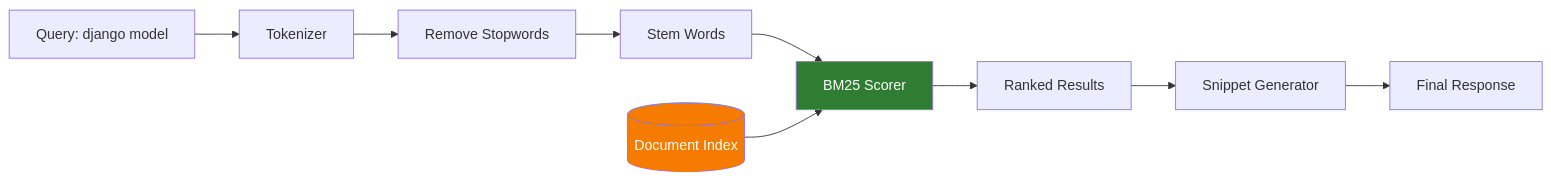
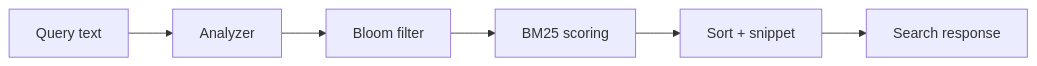
Before and after one commit to pankaj28843/docs-mcp-server: the second of 2 diagrams in docs/explanations/search-ranking.md, drawn with Mermaid. The commit also changed other lines of this file, not shown here.

Commit message:
Docs: expand search ranking and indexing details (#19)

````diff
--- a/docs/explanations/search-ranking.md
+++ b/docs/explanations/search-ranking.md
@@ -53,16 +29,8 @@
 ```mermaid
 flowchart LR
-    A["Query: django model"] --> B[Tokenizer]
-    B --> C[Remove Stopwords]
-    C --> D[Stem Words]
-    D --> E[BM25 Scorer]
-    
-    F[(Document Index)] --> E
-    
-    E --> G[Ranked Results]
-    G --> H[Snippet Generator]
-    H --> I[Final Response]
-    
-    style E fill:#2e7d32,color:#fff
-    style F fill:#f57c00,color:#fff
+    A[Query text] --> B[Analyzer]
+    B --> C[Bloom filter]
+    C --> D[BM25 scoring]
+    D --> E[Sort + snippet]
+    E --> F[Search response]
 ```
````
